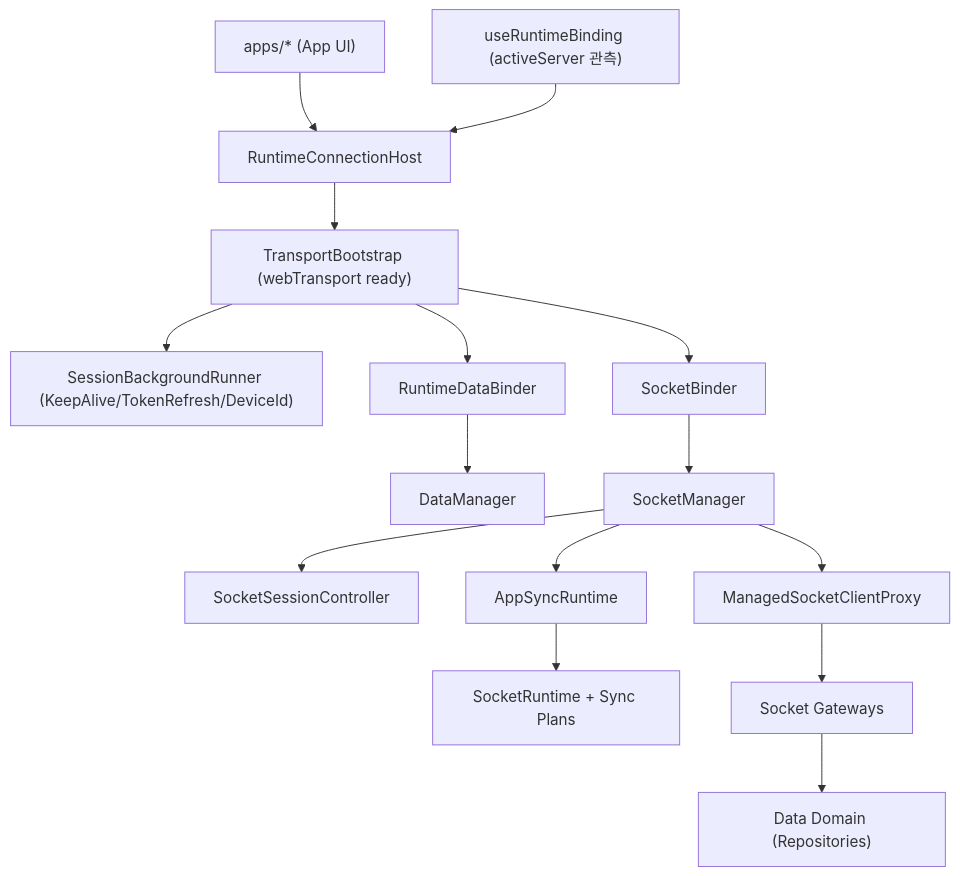
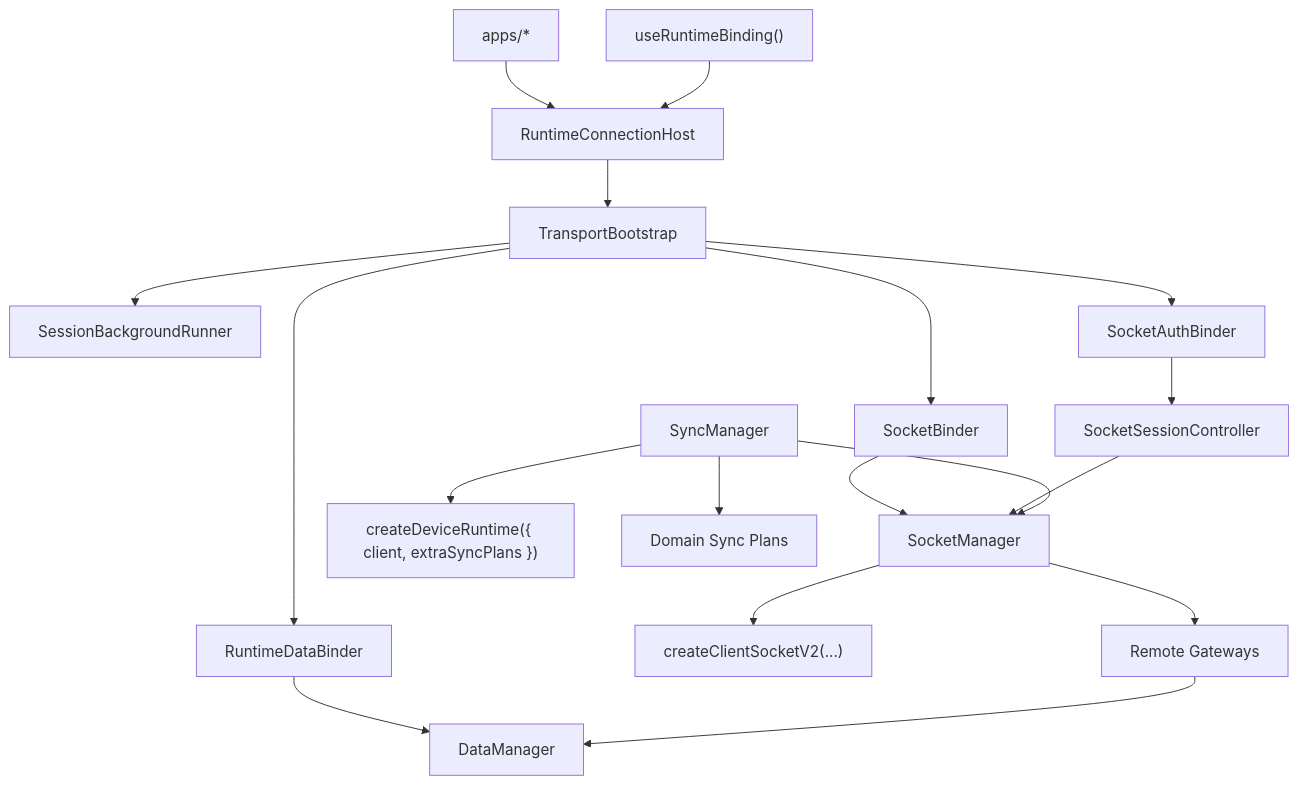
Before and after one commit to lemoncloud-io/dou-app: the diagram in libs/app-runtime/docs/architecture.md, drawn with Mermaid. The commit also changed other lines of this file and 7 other files, not shown here.

Commit message:
feat: update app-runtime docs

````diff
--- a/libs/app-runtime/docs/architecture.md
+++ b/libs/app-runtime/docs/architecture.md
@@ -17,20 +30,24 @@
 ```mermaid
 flowchart TD
-  App["apps/* (App UI)"] --> Host["RuntimeConnectionHost"]
-  Host --> Bootstrap["TransportBootstrap (webTransport ready)"]
-  Bootstrap --> Runner["SessionBackgroundRunner (KeepAlive/TokenRefresh/DeviceId)"]
+  App["apps/*"] --> Host["RuntimeConnectionHost"]
+  Host --> Bootstrap["TransportBootstrap"]
+  Bootstrap --> Runner["SessionBackgroundRunner"]
   Bootstrap --> DataBinder["RuntimeDataBinder"]
   Bootstrap --> SocketBinder["SocketBinder"]
+  Bootstrap --> AuthBinder["SocketAuthBinder"]
 
-  Binding["useRuntimeBinding (activeServer 관측)"] --> Host
+  Binding["useRuntimeBinding()"] --> Host
 
   DataBinder --> DataManager["DataManager"]
   SocketBinder --> SocketManager["SocketManager"]
+  AuthBinder --> Session["SocketSessionController"]
 
-  SocketManager --> Session["SocketSessionController"]
-  SocketManager --> Sync["AppSyncRuntime"]
-  SocketManager --> Proxy["ManagedSocketClientProxy"]
-  Sync --> Plans["SocketRuntime + Sync Plans"]
-  Proxy --> Gateways["Socket Gateways"]
-  Gateways --> Data["Data Domain (Repositories)"]
+  SocketManager --> Client["createClientSocketV2(...)"]
+  Session --> SocketManager
+  SyncManager["SyncManager"] --> SocketManager
+  SyncManager --> DeviceRuntime["createDeviceRuntime({ client, extraSyncPlans })"]
+  SyncManager --> Plans["Domain Sync Plans"]
+
+  SocketManager --> Gateways["Remote Gateways"]
+  Gateways --> DataManager
 ```
````
